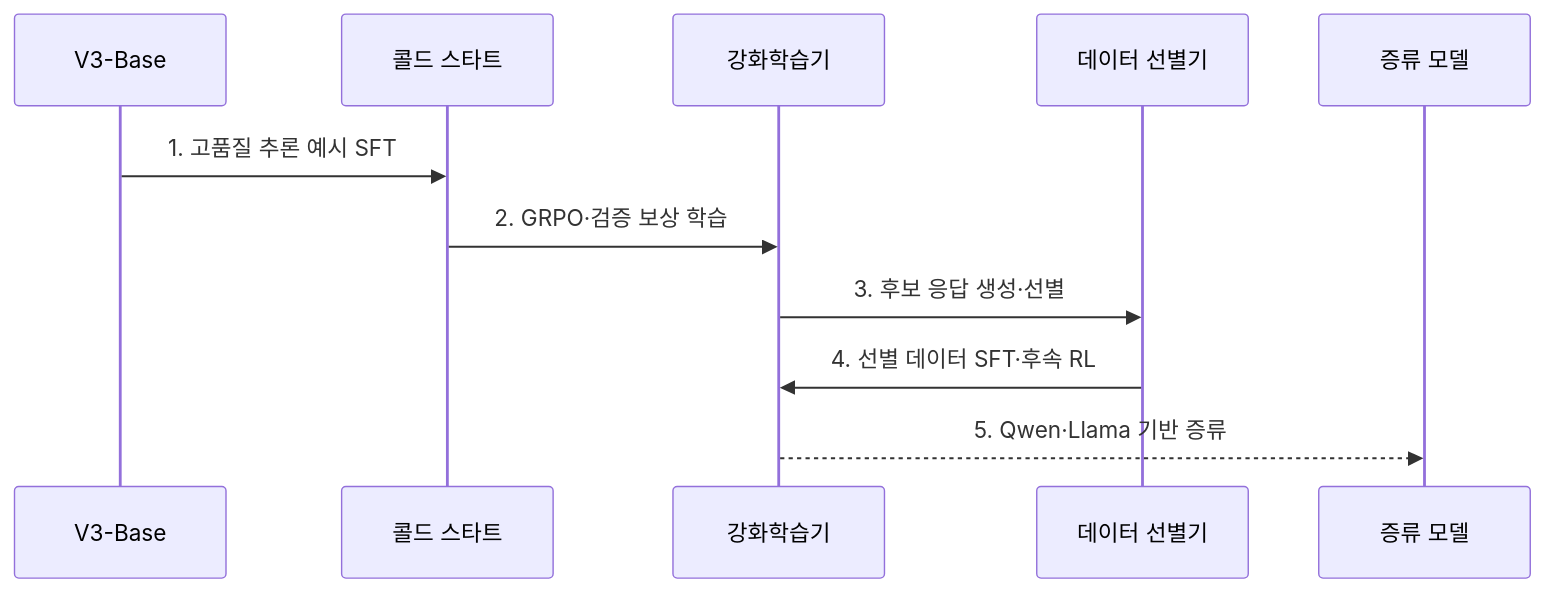
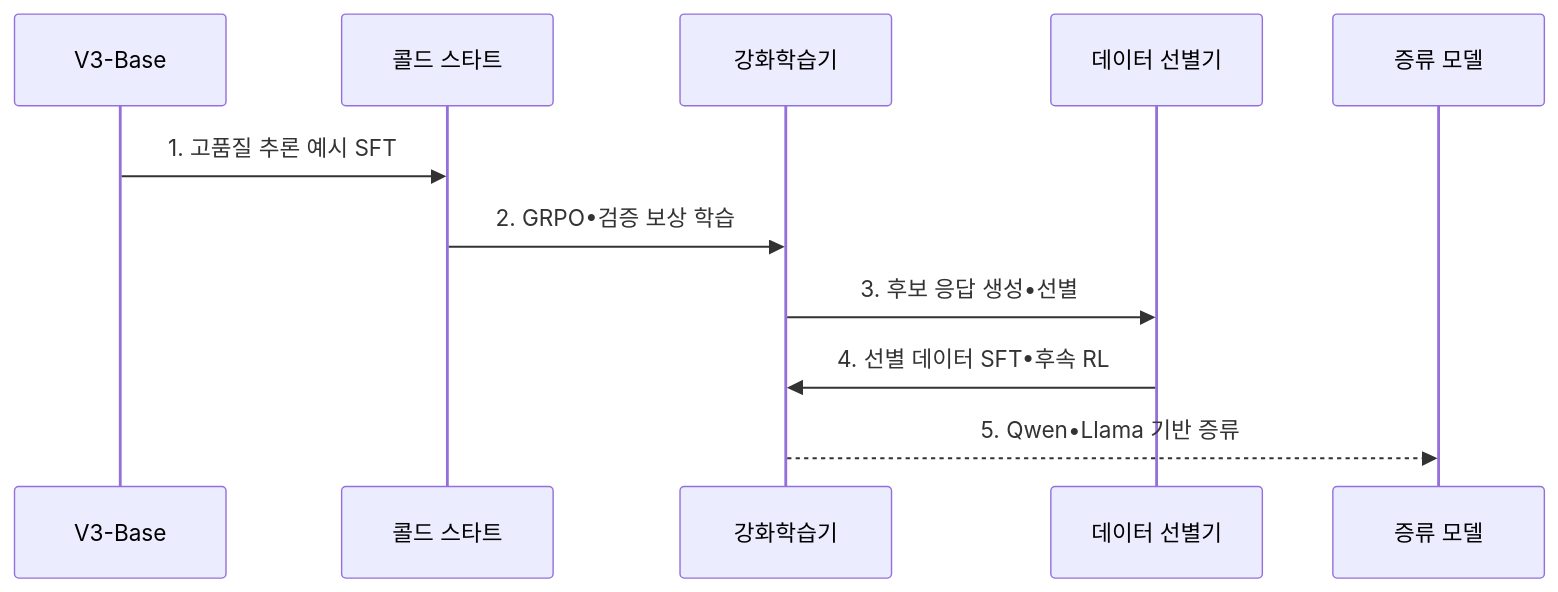
Before and after one commit to agnusdei1207/knowledge-base: the second of 2 diagrams in src/content/docs/notes/08-latest-tech/043_deepseek_r1.md, drawn with Mermaid. The commit also changed other lines of this file and 953 other files, not shown here.

````diff
--- a/src/content/docs/notes/08-latest-tech/043_deepseek_r1.md
+++ b/src/content/docs/notes/08-latest-tech/043_deepseek_r1.md
@@ -101,13 +101,13 @@
 ```mermaid
 sequenceDiagram
     participant B as V3-Base
     participant C as 콜드 스타트
     participant R as 강화학습기
     participant S as 데이터 선별기
     participant D as 증류 모델
     B->>C: 1. 고품질 추론 예시 SFT
-    C->>R: 2. GRPO·검증 보상 학습
-    R->>S: 3. 후보 응답 생성·선별
-    S->>R: 4. 선별 데이터 SFT·후속 RL
-    R-->>D: 5. Qwen·Llama 기반 증류
+    C->>R: 2. GRPO•검증 보상 학습
+    R->>S: 3. 후보 응답 생성•선별
+    S->>R: 4. 선별 데이터 SFT•후속 RL
+    R-->>D: 5. Qwen•Llama 기반 증류
 ```
````
